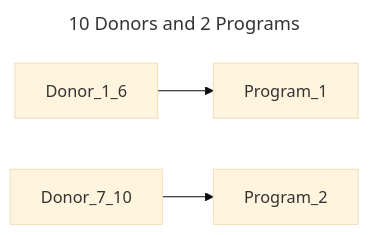
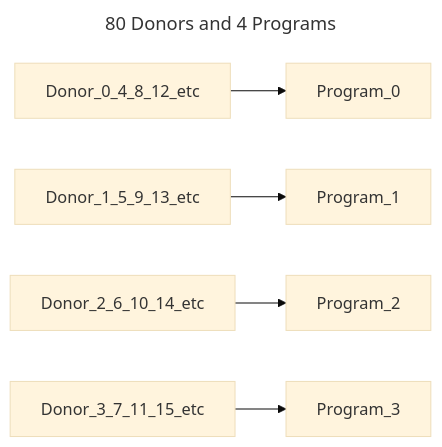
The first of 14 diagrams in chord_metadata_service/mohpackets/data/small_dataset/README.md (CanDIG/katsu), drawn with Mermaid (base theme) before and after one commit. The commit also changed other lines of this file and 1 other file, not shown here.

````diff
--- a/chord_metadata_service/mohpackets/data/small_dataset/README.md
+++ b/chord_metadata_service/mohpackets/data/small_dataset/README.md
@@ -5,8 +18,10 @@
 ```mermaid
 ---
-title: 10 Donors and 2 Programs
+title: 80 Donors and 4 Programs
 ---
 graph LR;  
-  Donor_1_6 --> Program_1;  
-  Donor_7_10 --> Program_2;
+  Donor_0_4_8_12_etc --> Program_0;  
+  Donor_1_5_9_13_etc --> Program_1;
+  Donor_2_6_10_14_etc --> Program_2;
+  Donor_3_7_11_15_etc --> Program_3;
 ```
````
